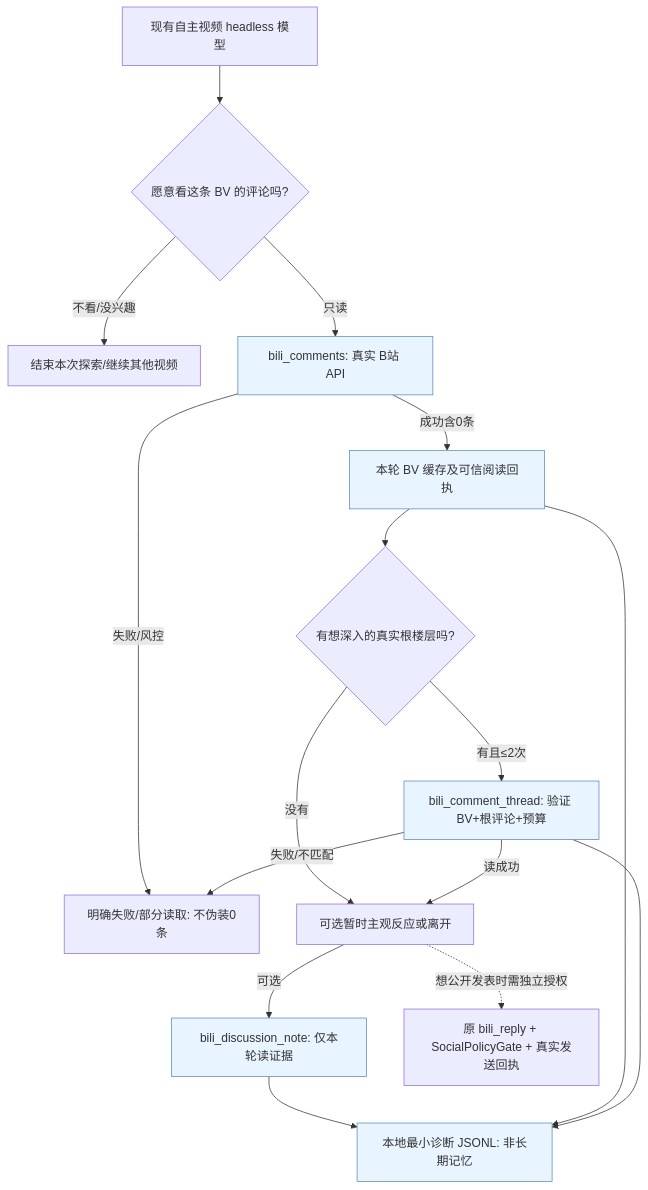
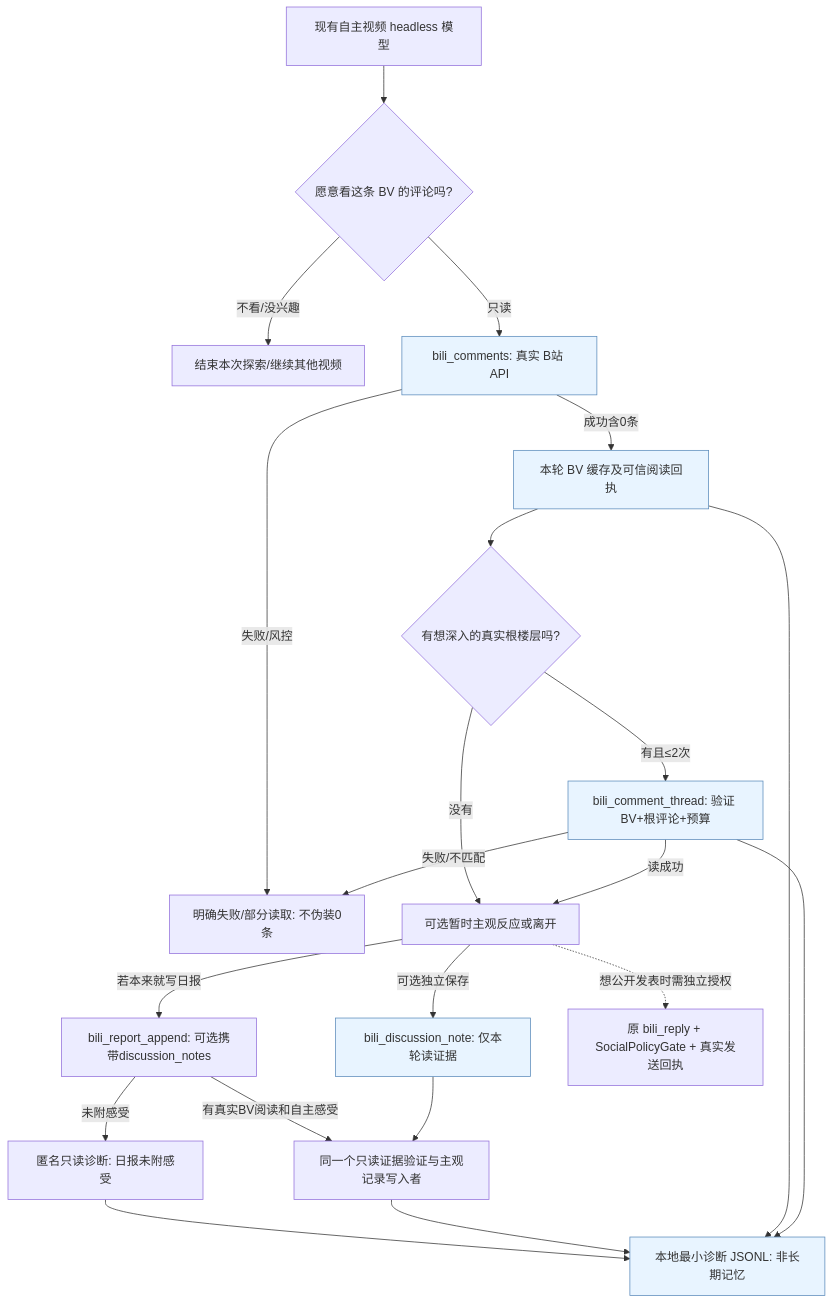
Before and after one commit to minedalang/dsh-dafeiyu-life: the diagram in docs/architecture/diagrams/2.7.1-dev1-video-discussion-live.mmd, drawn with Mermaid. The commit also changed 12 other files, not shown here.

```diff
--- a/docs/architecture/diagrams/2.7.1-dev1-video-discussion-live.mmd
+++ b/docs/architecture/diagrams/2.7.1-dev1-video-discussion-live.mmd
@@ -1,18 +1,23 @@
 flowchart TD
     A[现有自主视频 headless 模型] --> B{愿意看这条 BV 的评论吗?}
     B -->|不看/没兴趣| X[结束本次探索/继续其他视频]
     B -->|只读| C[bili_comments: 真实 B站 API]
     C -->|成功含0条| D[本轮 BV 缓存及可信阅读回执]
     C -->|失败/风控| E[明确失败/部分读取: 不伪装0条]
     D --> F{有想深入的真实根楼层吗?}
     F -->|没有| G[可选暂时主观反应或离开]
     F -->|有且≤2次| H[bili_comment_thread: 验证 BV+根评论+预算]
     H -->|读成功| G
     H -->|失败/不匹配| E
-    G -->|可选| I[bili_discussion_note: 仅本轮读证据]
-    I --> J[本地最小诊断 JSONL: 非长期记忆]
+    G -->|可选独立保存| I[bili_discussion_note: 仅本轮读证据]
+    G -->|若本来就写日报| R[bili_report_append: 可选携带discussion_notes]
+    R -->|有真实BV阅读和自主感受| S[同一个只读证据验证与主观记录写入者]
+    I --> S
+    R -->|未附感受| N[匿名只读诊断: 日报未附感受]
+    N --> J
+    S --> J[本地最小诊断 JSONL: 非长期记忆]
     D --> J
     H --> J
     G -. 想公开发表时需独立授权 .-> K[原 bili_reply + SocialPolicyGate + 真实发送回执]
     classDef observe fill:#e8f4ff,stroke:#5b8bbb
     class C,D,H,I,J observe
```
